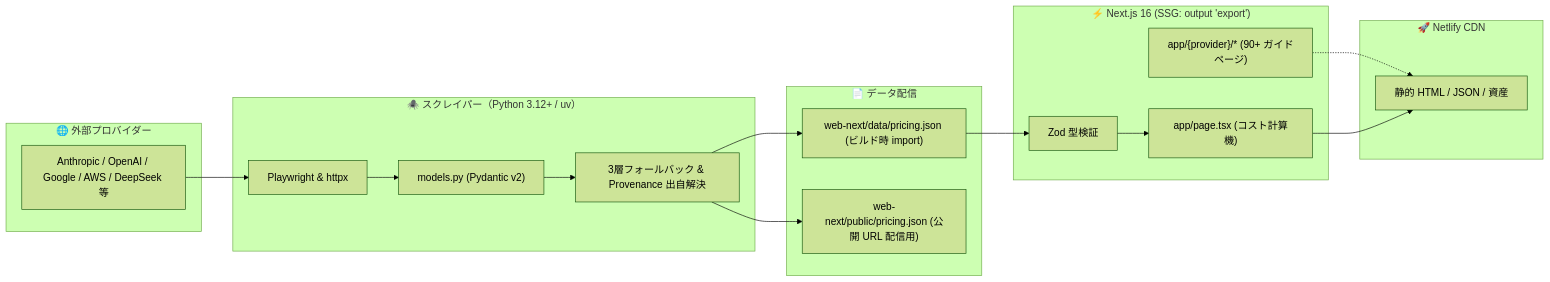
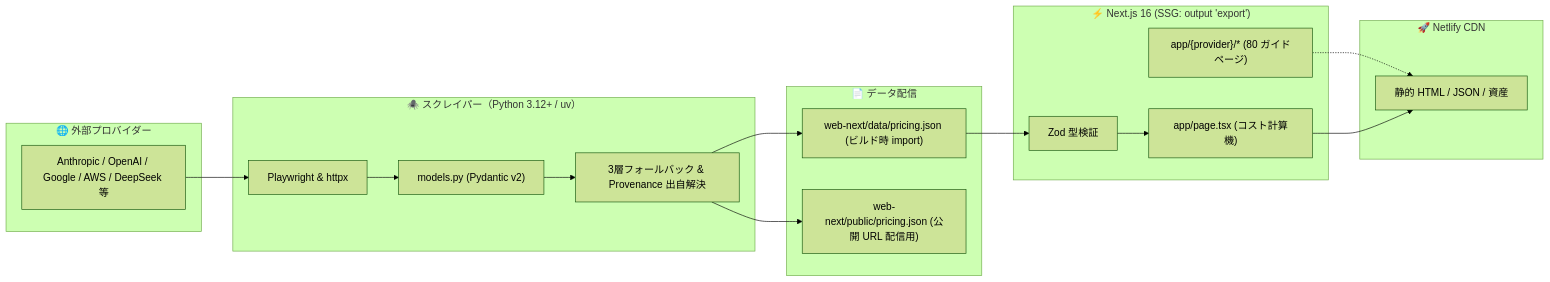
Before and after one commit to myoshi2891/Comparison-of-LLMs: the diagram in README.md, drawn with Mermaid (forest theme). The commit also changed other lines of this file and 1 other file, not shown here.

````diff
--- a/README.md
+++ b/README.md
@@ -70,34 +70,34 @@
 ```mermaid
 flowchart LR
     subgraph PROVIDERS["🌐 外部プロバイダー"]
         P1["Anthropic / OpenAI / Google / AWS / DeepSeek 等"]
     end
 
     subgraph SCRAPER["🕷️ スクレイパー（Python 3.12+ / uv）"]
         SC["Playwright & httpx"]
         MODEL_PY["models.py (Pydantic v2)"]
         FALLBACK["3層フォールバック & Provenance 出自解決"]
     end
 
     subgraph DATA["📄 データ配信"]
         JSON_DATA["web-next/data/pricing.json (ビルド時 import)"]
         JSON_PUB["web-next/public/pricing.json (公開 URL 配信用)"]
     end
 
     subgraph FRONTEND["⚡ Next.js 16 (SSG: output 'export')"]
         ZOD["Zod 型検証"]
         HOME["app/page.tsx (コスト計算機)"]
-        GUIDES["app/{provider}/* (90+ ガイドページ)"]
+        GUIDES["app/{provider}/* (80 ガイドページ)"]
     end
 
     subgraph CDN["🚀 Netlify CDN"]
         OUT["静的 HTML / JSON / 資産"]
     end
 
     P1 --> SC --> MODEL_PY --> FALLBACK
     FALLBACK --> JSON_DATA
     FALLBACK --> JSON_PUB
     JSON_DATA --> ZOD --> HOME
     GUIDES -.-> OUT
     HOME --> OUT
 ```
````
